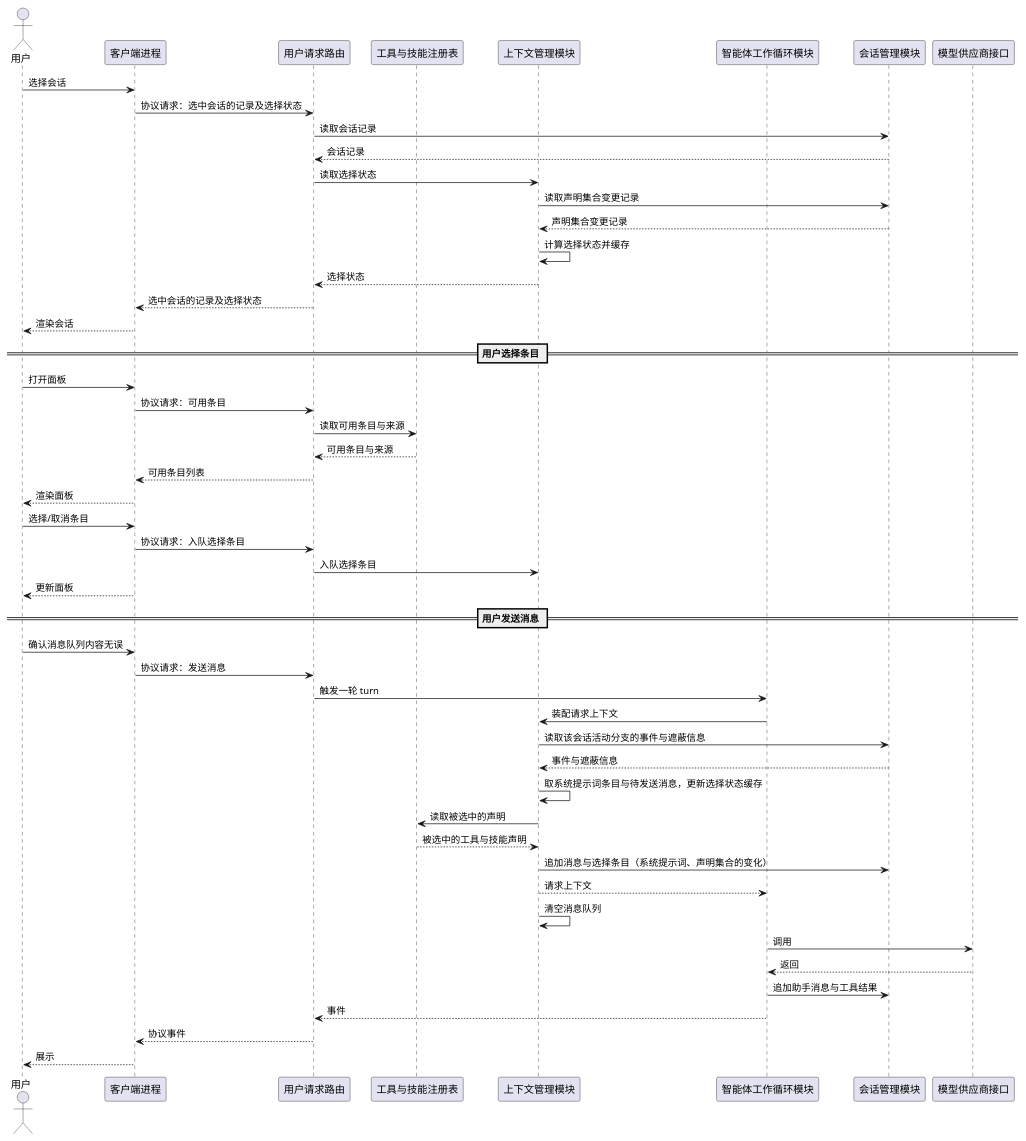
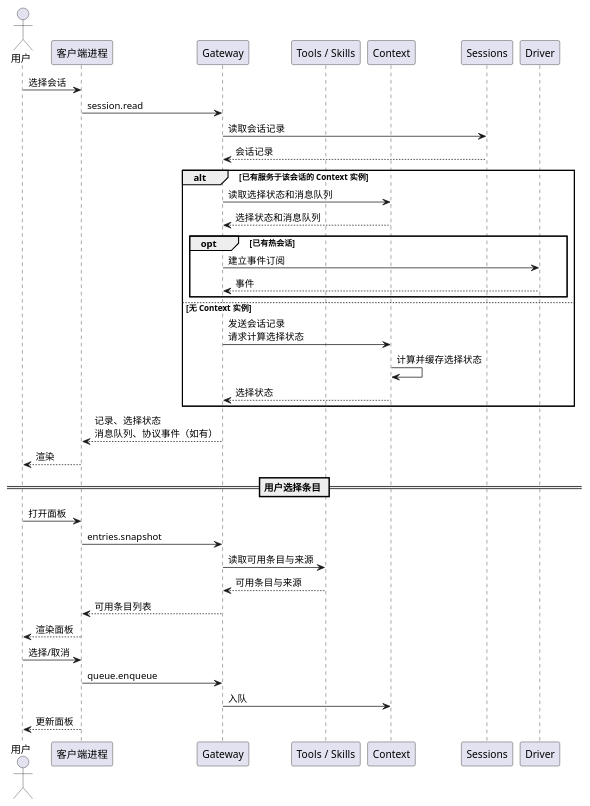
The fifth of 10 diagrams in docs/1 High-Level Design/1 High-Level Design.md (pisciculus0413/Pisces), drawn with PlantUML before and after one commit. The commit also changed other lines of this file, not shown here.

````diff
--- a/docs/1 High-Level Design/1 High-Level Design.md
+++ b/docs/1 High-Level Design/1 High-Level Design.md
@@ -452,56 +512,42 @@
 ```plantuml
 @startuml
-actor "用户" as user
-participant "客户端进程" as client
-participant "用户请求路由" as Gateway
-participant "工具与技能注册表" as registry
-participant "上下文管理模块" as Context
-participant "智能体工作循环模块" as AgentLoopDriver
-participant "会话管理模块" as Sessions
-participant "模型供应商接口" as provider
+actor "用户" as User
+participant "客户端进程" as Client
+participant "Gateway" as Gateway
+participant "Tools / Skills" as Registry
+participant "Context" as Context
+participant "Sessions" as Sessions
+participant "Driver" as Driver
 
-user -> client : 选择会话
-client -> Gateway : 协议请求：选中会话的记录及选择状态
+User -> Client : 选择会话
+Client -> Gateway : session.read
 Gateway -> Sessions : 读取会话记录
 Sessions --> Gateway : 会话记录
-Gateway -> Context : 读取选择状态
-Context -> Sessions : 读取声明集合变更记录
-Sessions --> Context : 声明集合变更记录
-Context -> Context : 计算选择状态并缓存
-Context --> Gateway : 选择状态
-Gateway --> client : 选中会话的记录及选择状态
-client --> user : 渲染会话
+alt 已有服务于该会话的 Context 实例
+  Gateway -> Context : 读取选择状态和消息队列
+  Context --> Gateway : 选择状态和消息队列
+  opt 已有热会话
+    Gateway -> Driver : 建立事件订阅
+    Driver --> Gateway : 事件
+  end
+else 无 Context 实例
+  Gateway -> Context : 发送会话记录\n请求计算选择状态
+  Context -> Context : 计算并缓存选择状态
+  Context --> Gateway : 选择状态
+end
+Gateway --> Client : 记录、选择状态\n消息队列、协议事件（如有）
+Client --> User : 渲染
 
 == 用户选择条目 ==
-user -> client : 打开面板
-client -> Gateway : 协议请求：可用条目
-Gateway -> registry : 读取可用条目与来源
-registry --> Gateway : 可用条目与来源
-Gateway --> client : 可用条目列表
-client --> user : 渲染面板
-user -> client : 选择/取消条目
-client -> Gateway : 协议请求：入队选择条目
-Gateway -> Context : 入队选择条目
-client --> user : 更新面板
-
-== 用户发送消息 ==
-user -> client : 确认消息队列内容无误
-client -> Gateway : 协议请求：发送消息
-Gateway -> AgentLoopDriver : 触发一轮 turn
-AgentLoopDriver -> Context : 装配请求上下文
-Context -> Sessions : 读取该会话活动分支的事件与遮蔽信息
-Sessions --> Context : 事件与遮蔽信息
-Context -> Context : 取系统提示词条目与待发送消息，更新选择状态缓存
-Context -> registry : 读取被选中的声明
-registry --> Context : 被选中的工具与技能声明
-Context -> Sessions : 追加消息与选择条目（系统提示词、声明集合的变化）
-Context --> AgentLoopDriver : 请求上下文
-Context -> Context : 清空消息队列
-AgentLoopDriver -> provider : 调用
-provider --> AgentLoopDriver : 返回
-AgentLoopDriver -> Sessions : 追加助手消息与工具结果
-AgentLoopDriver --> Gateway : 事件
-Gateway --> client : 协议事件
-client --> user : 展示
+User -> Client : 打开面板
+Client -> Gateway : entries.snapshot
+Gateway -> Registry : 读取可用条目与来源
+Registry --> Gateway : 可用条目与来源
+Gateway --> Client : 可用条目列表
+Client --> User : 渲染面板
+User -> Client : 选择/取消
+Client -> Gateway : queue.enqueue
+Gateway -> Context : 入队
+Client --> User : 更新面板
 @enduml
 ```
````
